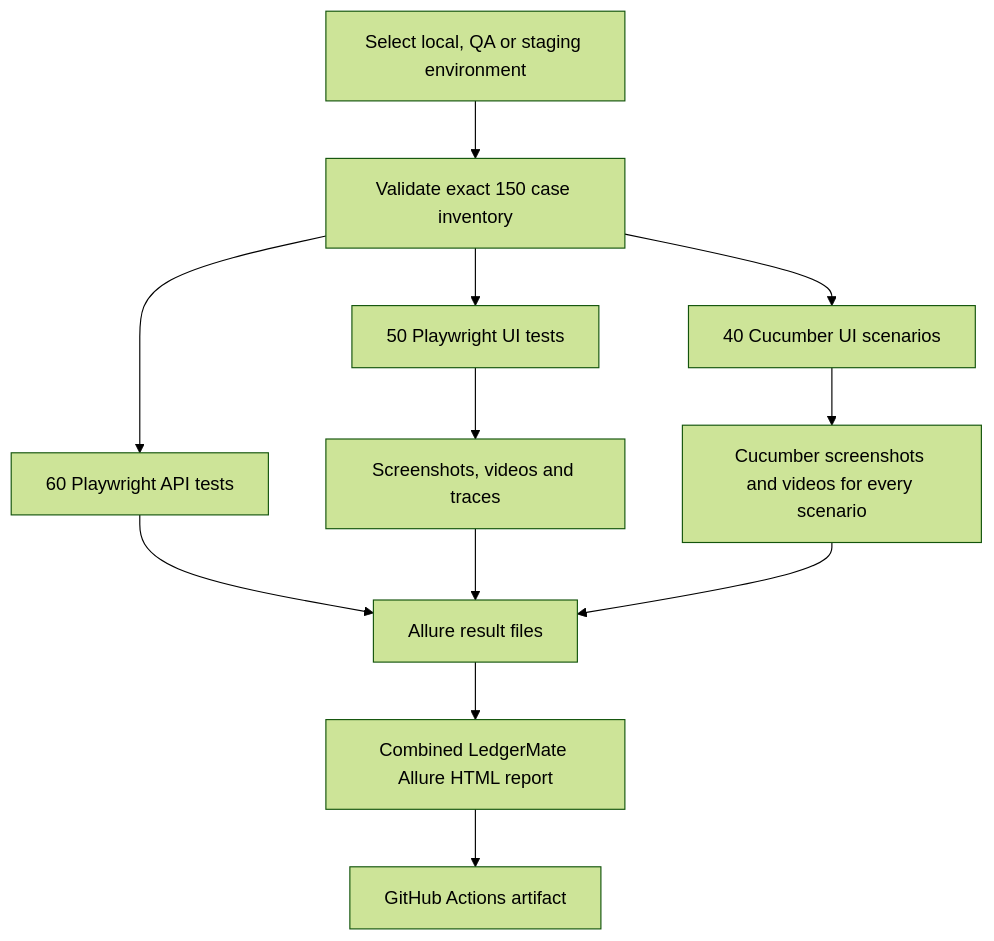
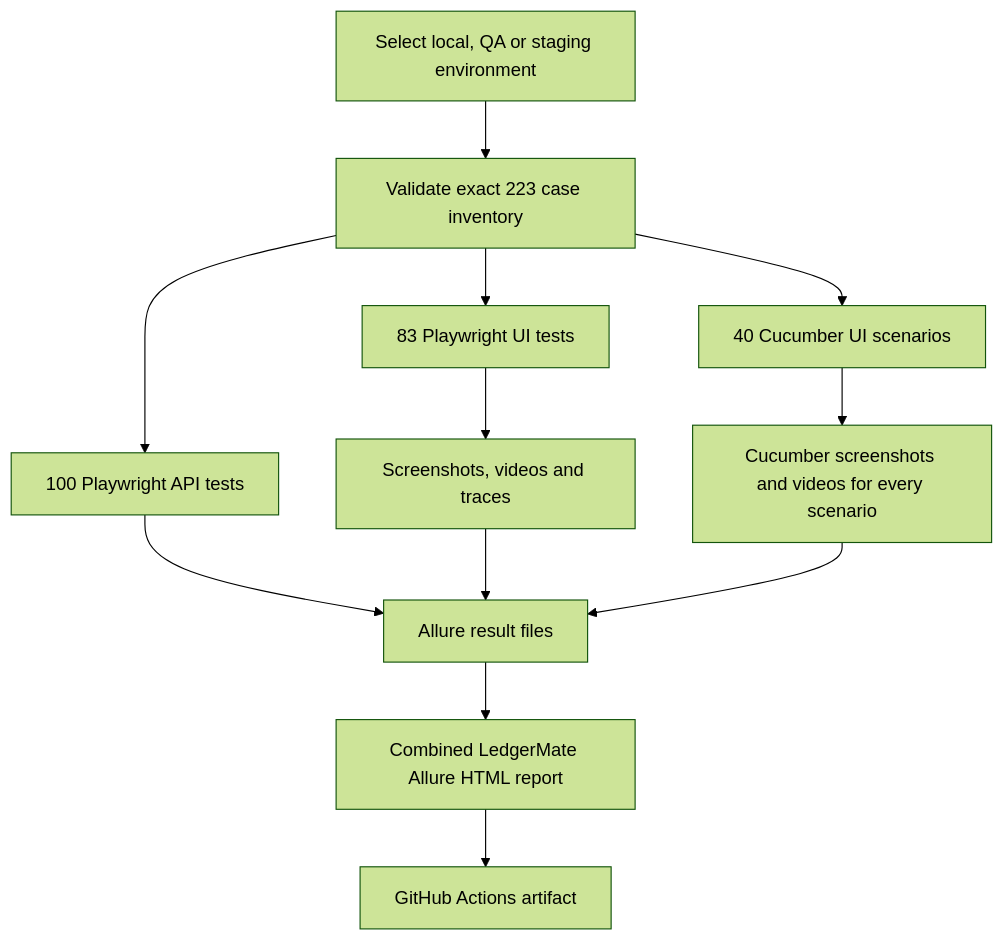
One commit to haroondhanyal/LedgerMate360 changed the seventh of 8 diagrams in README.md. Above: the diagram before and after it, drawn with Mermaid (forest theme). The commit also changed other lines of this file and 22 other files, not shown here.

````diff
--- a/README.md
+++ b/README.md
@@ -221,14 +221,14 @@
 ```mermaid
 flowchart TD
-    E[Select local, QA or staging environment] --> I[Validate exact 150 case inventory]
-    I --> A[60 Playwright API tests]
-    I --> U[50 Playwright UI tests]
+    E[Select local, QA or staging environment] --> I[Validate exact 223 case inventory]
+    I --> A[100 Playwright API tests]
+    I --> U[83 Playwright UI tests]
     I --> C[40 Cucumber UI scenarios]
     A --> R[Allure result files]
     U --> S[Screenshots, videos and traces]
     S --> R
     C --> V[Cucumber screenshots and videos for every scenario]
     V --> R
     R --> H[Combined LedgerMate Allure HTML report]
     H --> G[GitHub Actions artifact]
 ```
````
